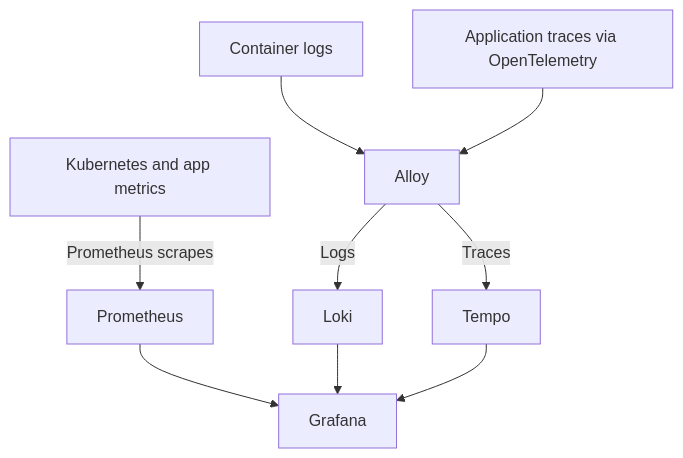
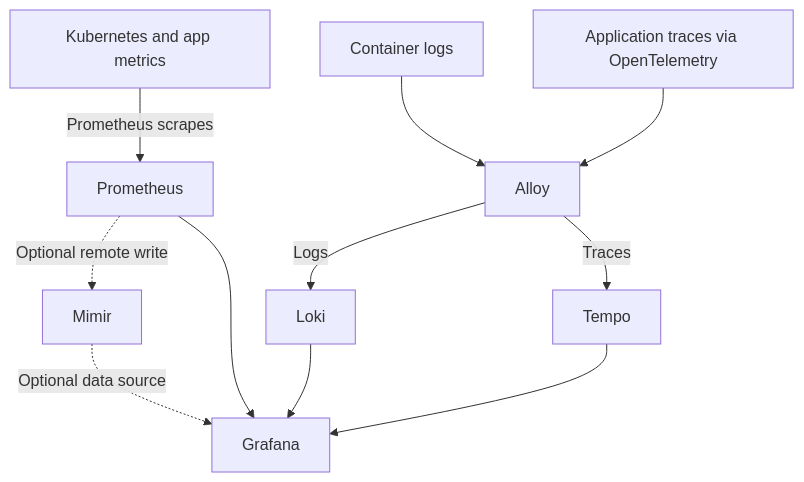
One commit to RyanJKS/platform-gitops changed the diagram in catalog/observability/README.md. Above: the diagram before and after it, drawn with Mermaid. The commit also changed other lines of this file and 4 other files, not shown here.

````diff
--- a/catalog/observability/README.md
+++ b/catalog/observability/README.md
@@ -13,11 +14,13 @@
 ```mermaid
 flowchart TD
     K["Kubernetes and app metrics"] -->|"Prometheus scrapes"| P["Prometheus"]
+    P -.->|"Optional remote write"| M["Mimir"]
+    M -.->|"Optional data source"| G["Grafana"]
     L["Container logs"] --> A["Alloy"]
     T["Application traces via OpenTelemetry"] --> A
     A -->|"Logs"| LK["Loki"]
     A -->|"Traces"| TP["Tempo"]
     P --> G["Grafana"]
     LK --> G
     TP --> G
 ```
````
